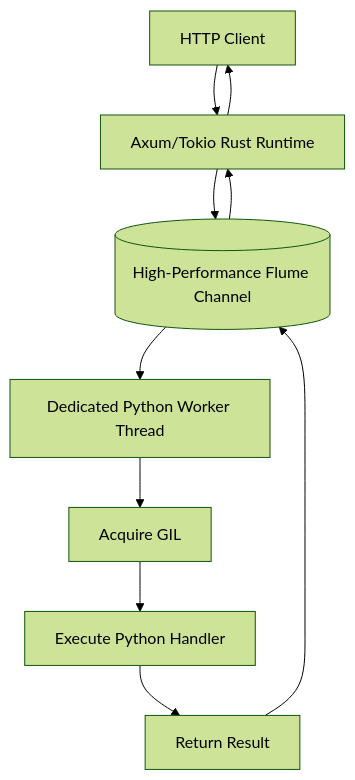
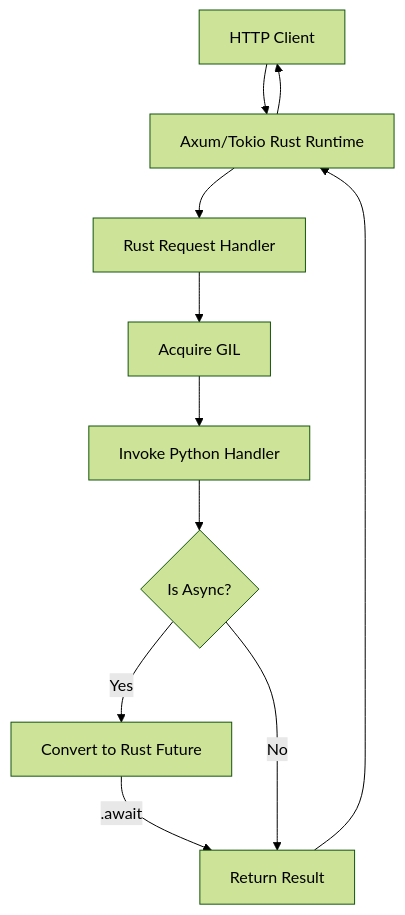
Before and after one commit to SidharthArya/dapil: the diagram in docs/architecture.md, drawn with Mermaid (forest theme). The commit also changed other lines of this file and 3 other files, not shown here.

Commit message:
docs: native async and architectural updates

````diff
--- a/docs/architecture.md
+++ b/docs/architecture.md
@@ -13,12 +13,13 @@
 ```mermaid
 graph TD
     Client[HTTP Client] --> Axum[Axum/Tokio Rust Runtime]
-    Axum --> Channel[(High-Performance Flume Channel)]
-    Channel --> Worker[Dedicated Python Worker Thread]
-    Worker --> GIL[Acquire GIL]
-    GIL --> Handler[Execute Python Handler]
-    Handler --> Result[Return Result]
-    Result --> Channel
-    Channel --> Axum
+    Axum --> Logic[Rust Request Handler]
+    Logic --> GIL[Acquire GIL]
+    GIL --> Exec[Invoke Python Handler]
+    Exec --> Result{Is Async?}
+    Result -- Yes --> Coro[Convert to Rust Future]
+    Coro -- .await --> Done[Return Result]
+    Result -- No --> Done
+    Done --> Axum
     Axum --> Client
 ```
````
